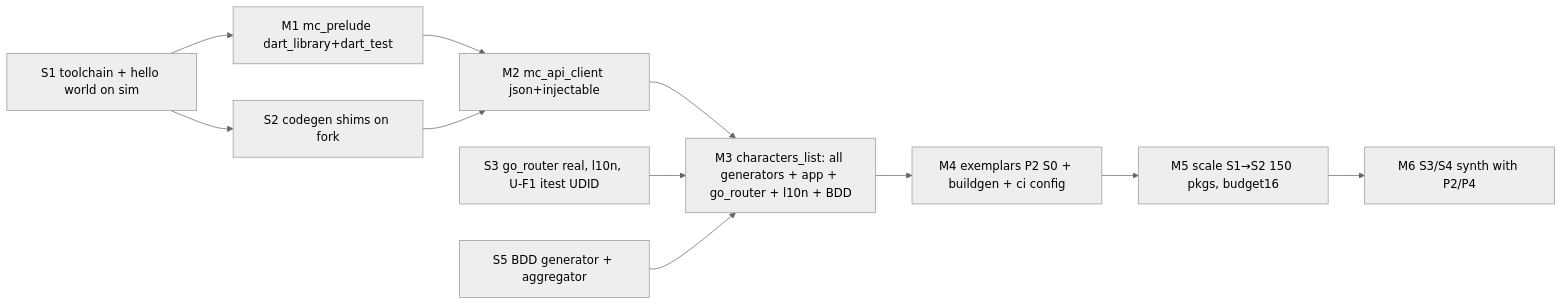
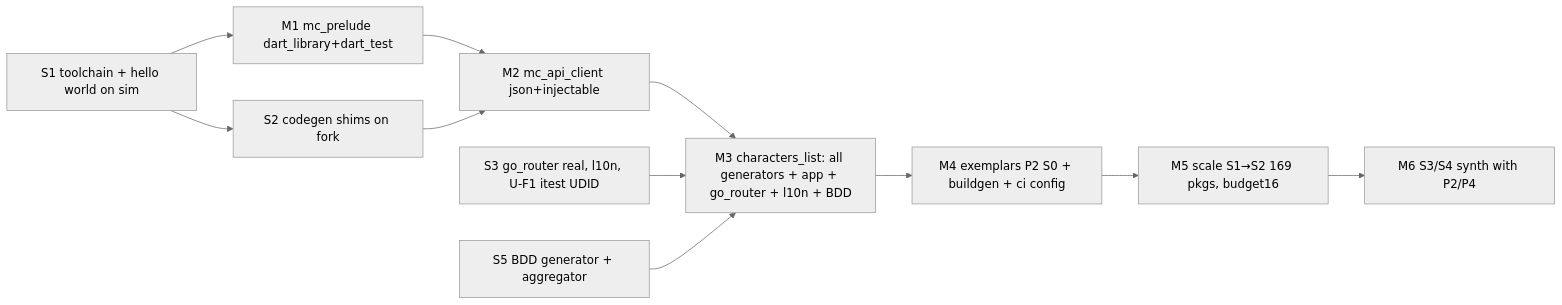
The diagram in documents/plan/03-bazel-integration.md (emiliev/mini-client-application), drawn with Mermaid (neutral theme) before and after one commit. The commit also changed other lines of this file and 16 other files, not shown here.

````diff
--- a/documents/plan/03-bazel-integration.md
+++ b/documents/plan/03-bazel-integration.md
@@ -548,13 +591,13 @@
 ```mermaid
 flowchart LR
   S1[S1 toolchain + hello world on sim] --> M1[M1 mc_prelude dart_library+dart_test]
   S1 --> S2[S2 codegen shims on fork]
   M1 --> M2[M2 mc_api_client json+injectable]
   S2 --> M2
   M2 --> M3[M3 characters_list: all generators + app + go_router + l10n + BDD]
   S3[S3 go_router real, l10n, U-F1 itest UDID] --> M3
   S5[S5 BDD generator + aggregator] --> M3
   M3 --> M4[M4 exemplars P2 S0 + buildgen + ci config]
-  M4 --> M5[M5 scale S1→S2 150 pkgs, budget16]
+  M4 --> M5[M5 scale S1→S2 169 pkgs, budget16]
   M5 --> M6[M6 S3/S4 synth with P2/P4]
 ```
````
